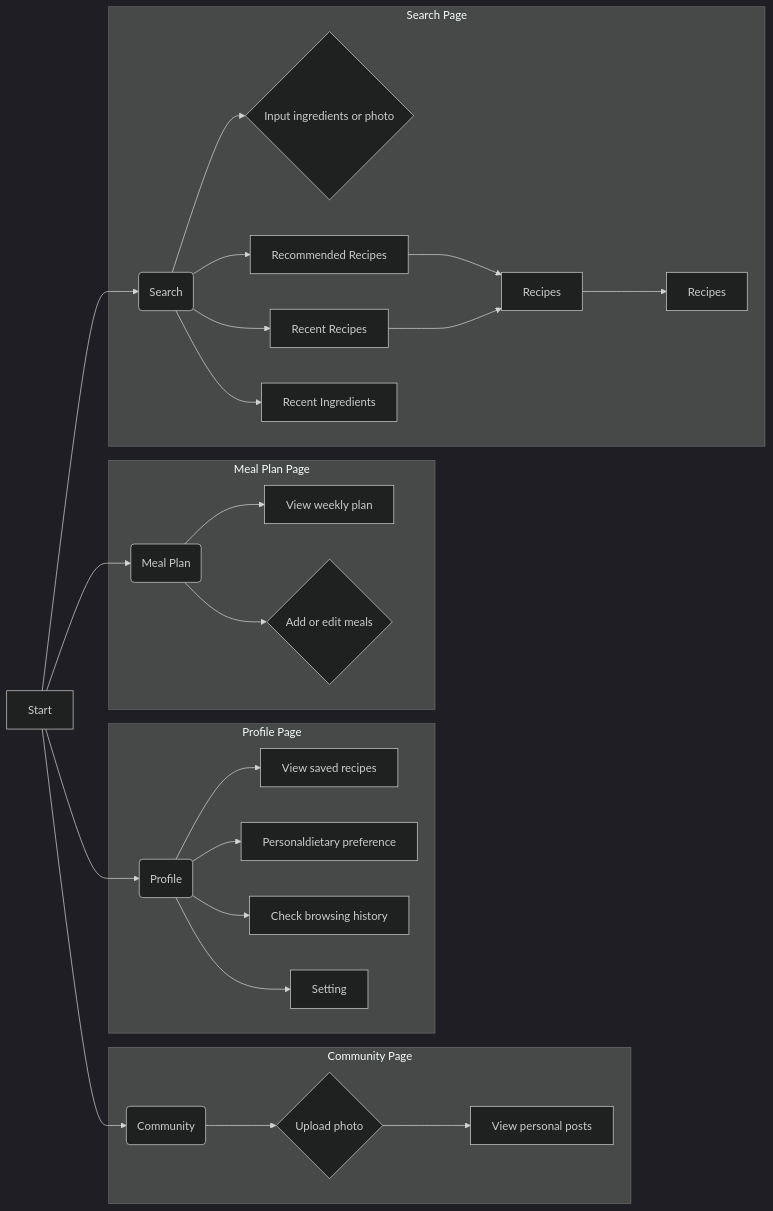
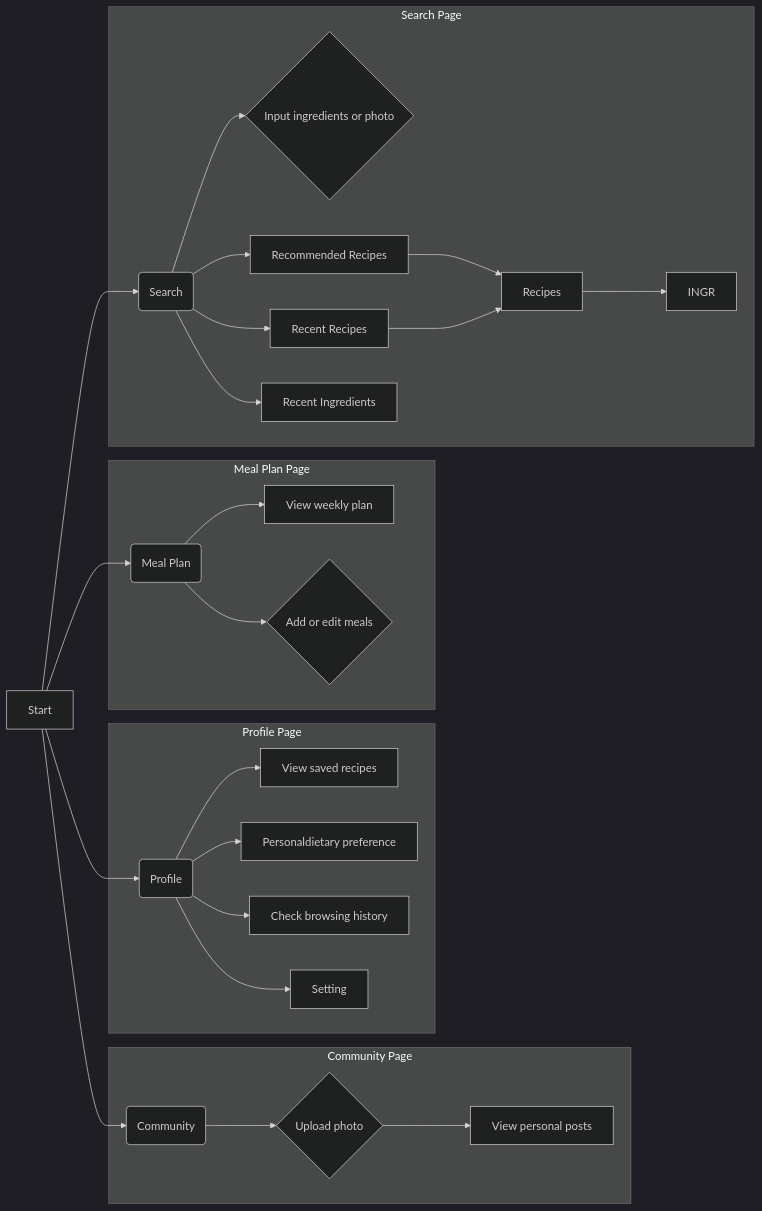
The diagram in all/未命名-2.md (seven8301/iodraw-files), drawn with Mermaid (dark theme) before and after one commit.

Commit message:
2025-04-09 20:37:10 update

````diff
--- a/all/未命名-2.md
+++ b/all/未命名-2.md
@@ -1,34 +1,34 @@
 ```mermaid
 graph LR
     A[Start] --> B(Search);
     A --> C(Community);
     A --> D(Meal Plan);
     A --> E(Profile);
 
     
     subgraph "Profile Page"
         E --> L[View saved recipes];
         E --> Q[Personaldietary preference];
         E --> M[Check browsing history];
         E --> P[Setting];
 
         
     end
       subgraph "Meal Plan Page"
         D --> J[View weekly plan];
         D --> K{Add or edit meals};
     end
      subgraph "Community Page"
         C --> H{Upload photo};
         H --> I[View personal posts];
     end
     subgraph "Search Page"
         B --> F{Input ingredients or photo};
         B --> G[Recommended Recipes];
         G --> R[Recipes];
         O --> R[Recipes];
-        R --> S[Recipes];
+        R --> S[INGR];
         B --> N[Recent Ingredients];
         B --> O[Recent Recipes];
     end
 ```
````
